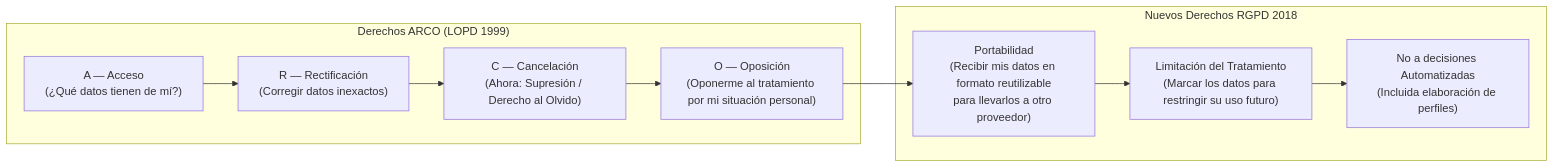
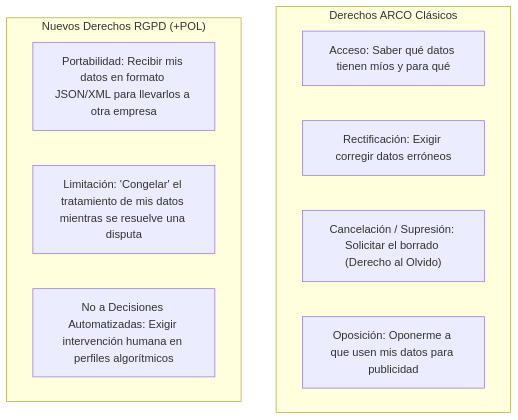
Before and after one commit to JohnDSil/apuntes_asir: the fourth of 6 diagrams in docs/2-curso/sad/05-marco-legal-rgpd-aepd.md, drawn with Mermaid. The commit also changed other lines of this file and 5 other files, not shown here.

````diff
--- a/docs/2-curso/sad/05-marco-legal-rgpd-aepd.md
+++ b/docs/2-curso/sad/05-marco-legal-rgpd-aepd.md
@@ -102,17 +104,14 @@
 ```mermaid
-flowchart LR
-    subgraph ARCO_clasico ["Derechos ARCO (LOPD 1999)"]
-        A["A — Acceso\n(¿Qué datos tienen de mí?)"]
-        R["R — Rectificación\n(Corregir datos inexactos)"]
-        C["C — Cancelación\n(Ahora: Supresión / Derecho al Olvido)"]
-        O["O — Oposición\n(Oponerme al tratamiento por mi situación personal)"]
+flowchart TD
+    subgraph ARCO_ANTIGUO ["Derechos ARCO Clásicos"]
+        A["Acceso: Saber qué datos tienen míos y para qué"]
+        R["Rectificación: Exigir corregir datos erróneos"]
+        C["Cancelación / Supresión: Solicitar el borrado (Derecho al Olvido)"]
+        O["Oposición: Oponerme a que usen mis datos para publicidad"]
     end
-    subgraph Nuevos ["Nuevos Derechos RGPD 2018"]
-        P["Portabilidad\n(Recibir mis datos en formato reutilizable\npara llevarlos a otro proveedor)"]
-        L["Limitación del Tratamiento\n(Marcar los datos para restringir su uso futuro)"]
-        D["No a decisiones Automatizadas\n(Incluida elaboración de perfiles)"]
+    subgraph NUEVOS_RGPD ["Nuevos Derechos RGPD (+POL)"]
+        P["Portabilidad: Recibir mis datos en formato JSON/XML para llevarlos a otra empresa"]
+        L["Limitación: 'Congelar' el tratamiento de mis datos mientras se resuelve una disputa"]
+        D["No a Decisiones Automatizadas: Exigir intervención humana en perfiles algorítmicos"]
     end
-
-    A --> R --> C --> O
-    O --> P --> L --> D
 ```
````
